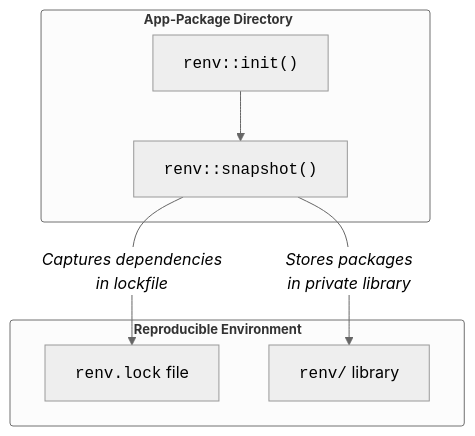
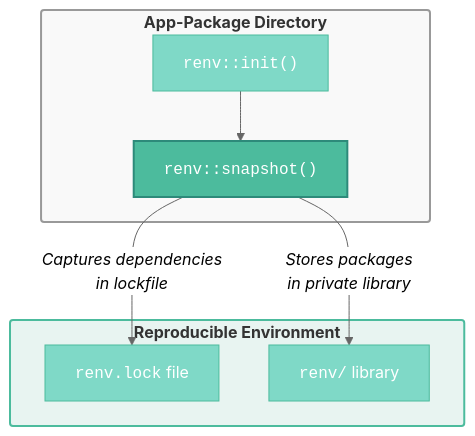
One commit to mjfrigaard/shiny-app-pkgs changed the first of 4 diagrams in dependencies.qmd. Above: the diagram before and after it, drawn with Mermaid. The commit also changed other lines of this file, not shown here.

First line of the commit message:
Style all 4 mermaid diagrams in dependencies.qmd with teal palette

````diff
--- a/dependencies.qmd
+++ b/dependencies.qmd
@@ -167,20 +167,24 @@
 ```{mermaid}
 %%| fig-cap: 'Project level dependencies with renv'
 %%| fig-align: center
 %%{init: {'theme': 'neutral', 'themeVariables': { 'fontFamily': 'monospace', "fontSize":"16px"}}}%%
 flowchart TD
     subgraph Dir["<strong>App-Package Directory</strong>"]
         Init["<code>renv::init()</code>"]
         Snap["<code>renv::snapshot()</code>"]
     end
     subgraph RepEnv["<strong>Reproducible Environment</strong>"]
         Lock["<code>renv.lock</code> file"]
         Lib["<code>renv/</code> library"]
     end
     Init --> Snap
     Snap -->|"<em>Captures dependencies<br>in lockfile</em>"| Lock
     Snap -->|"<em>Stores packages<br>in private library</em>"| Lib
 
-    style Dir stroke:1px,rx:3,ry:3,font-size:13px
-    style RepEnv stroke:1px,rx:3,ry:3,font-size:13px
+    style Dir fill:#f9f9f9,stroke:#999,stroke-width:2px,rx:3,ry:3
+    style RepEnv fill:#e8f4f1,stroke:#4CBB9D,stroke-width:2px,rx:3,ry:3
+    style Init fill:#7fd9c7,color:#fff,stroke:#4CBB9D,stroke-width:1px
+    style Snap fill:#4CBB9D,color:#fff,stroke:#2d8a7a,stroke-width:2px
+    style Lock fill:#7fd9c7,color:#fff,stroke:#4CBB9D,stroke-width:1px
+    style Lib fill:#7fd9c7,color:#fff,stroke:#4CBB9D,stroke-width:1px
 ```
````
